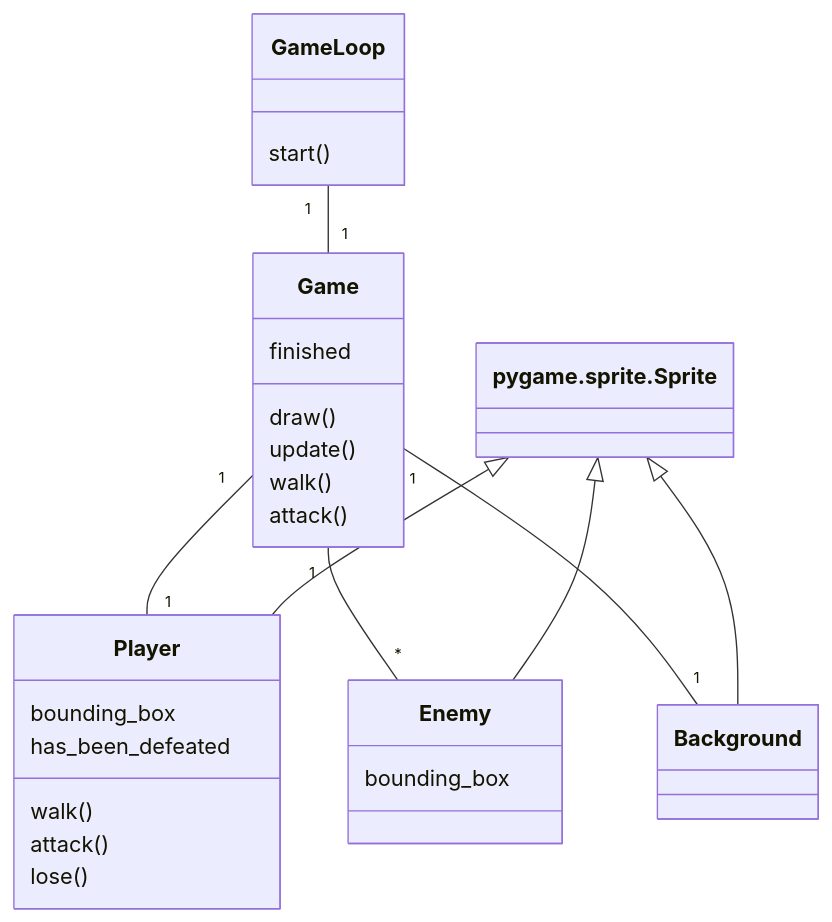
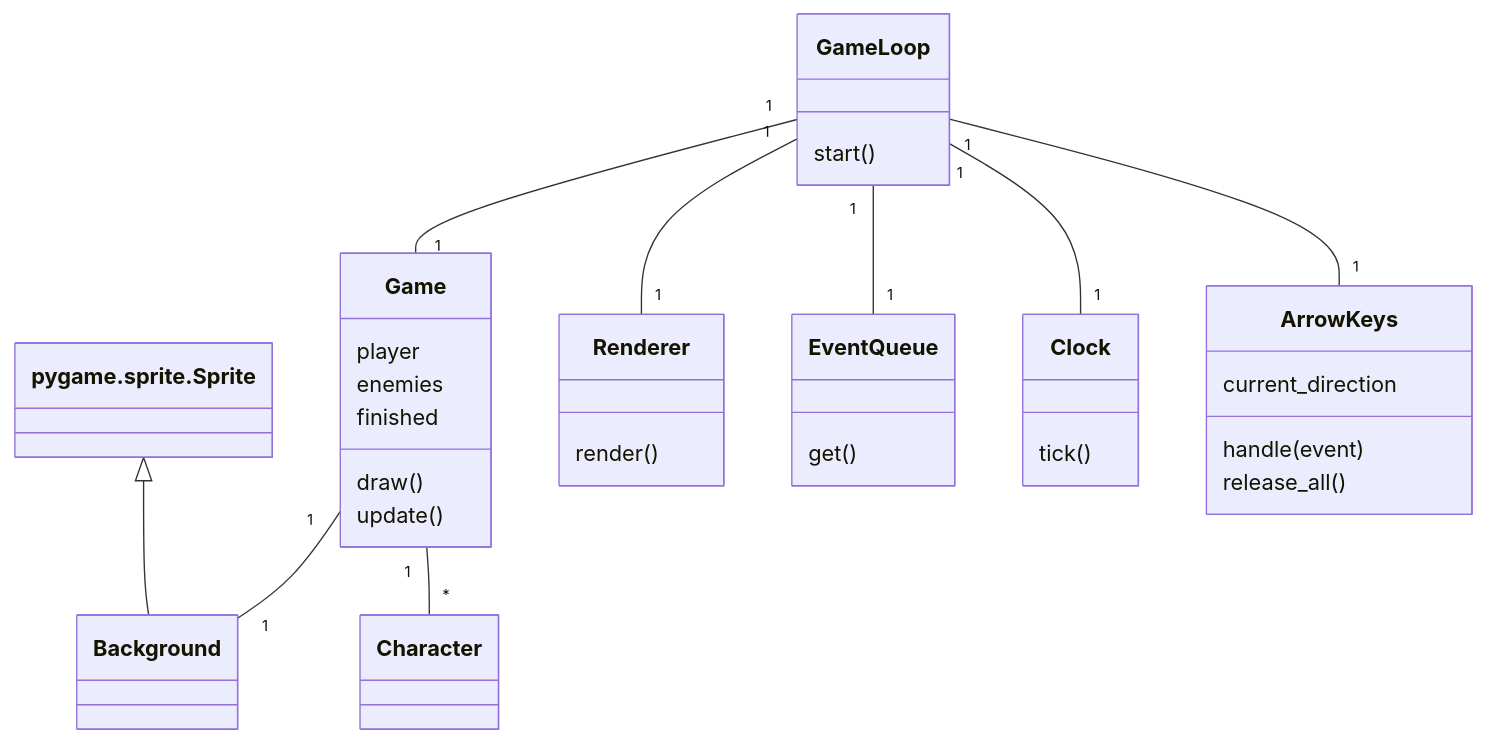
One commit to VSirvio/RaiseYourSword changed the first of 3 diagrams in documentation/architecture.md. Above: the diagram before and after it, drawn with Mermaid. The commit also changed other lines of this file, not shown here.

Commit message:
Update class diagrams in architecture.md

````diff
--- a/documentation/architecture.md
+++ b/documentation/architecture.md
@@ -5,30 +5,35 @@
 ```mermaid
 classDiagram
     GameLoop "1" -- "1" Game
-    Game "1" -- "1" Player
-    Game "1" -- "*" Enemy
     Game "1" -- "1" Background
-    pygame.sprite.Sprite <|-- Player
-    pygame.sprite.Sprite <|-- Enemy
     pygame.sprite.Sprite <|-- Background
+    Game "1" -- "*" Character
+    GameLoop "1" -- "1" Renderer
+    GameLoop "1" -- "1" EventQueue
+    GameLoop "1" -- "1" Clock
+    GameLoop "1" -- "1" ArrowKeys
     class GameLoop{
         start()
     }
     class Game{
+        player
+        enemies
         finished
         draw()
         update()
-        walk()
-        attack()
     }
-    class Player{
-        bounding_box
-        has_been_defeated
-        walk()
-        attack()
-        lose()
+    class Renderer{
+        render()
     }
-    class Enemy{
-        bounding_box
+    class EventQueue{
+        get()
+    }
+    class Clock{
+        tick()
+    }
+    class ArrowKeys{
+        current_direction
+        handle(event)
+        release_all()
     }
 ```
````
